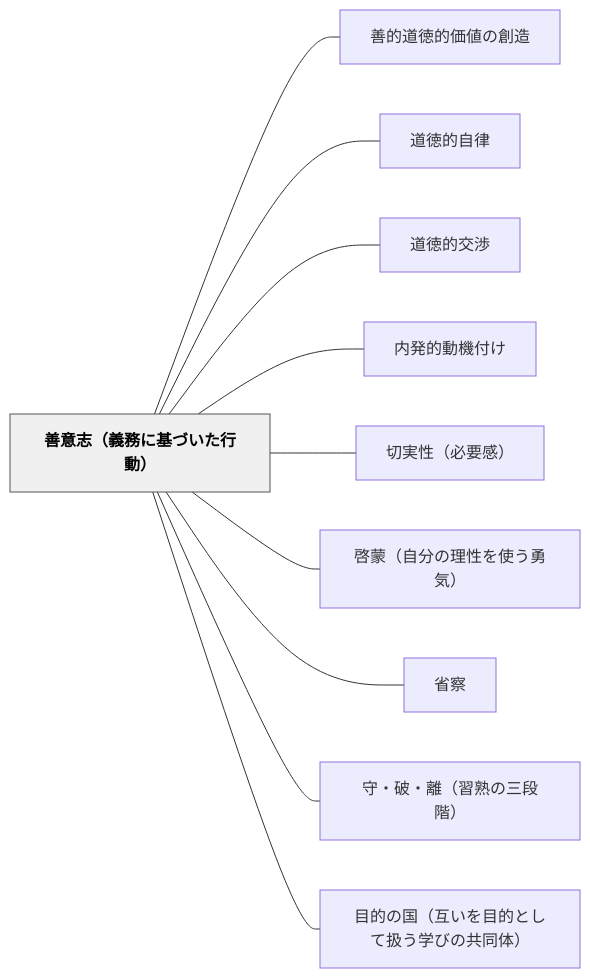
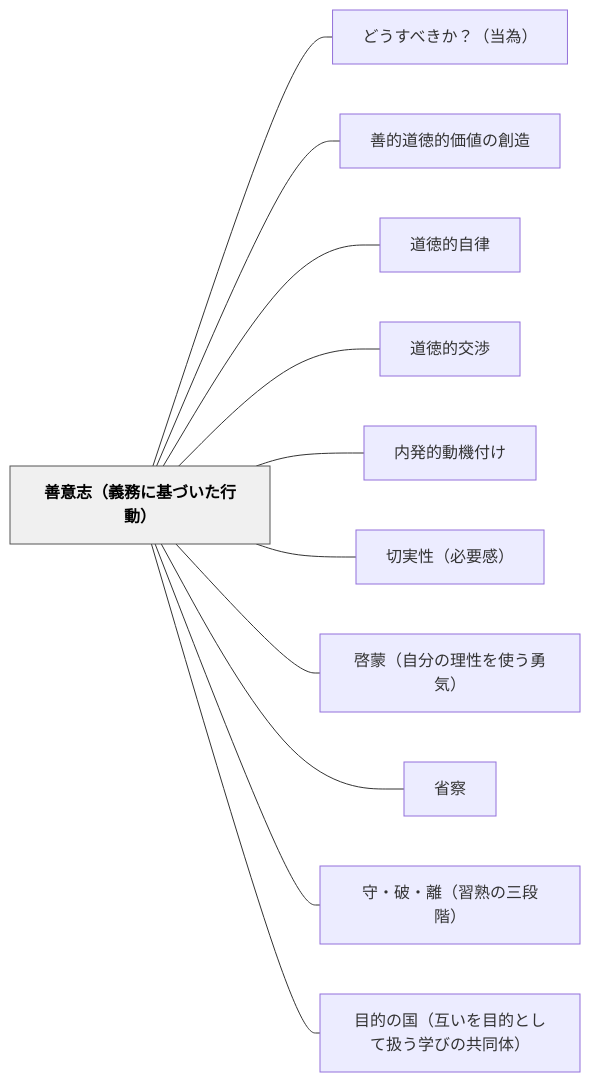
The diagram in content/パタン/善意志（義務に基づいた行動）.md (unknownthings-ed-patterns/unknownthings-ed-patterns), drawn with Mermaid before and after one commit. The commit also changed other lines of this file and 7 other files, not shown here.

````diff
--- a/content/パタン/善意志（義務に基づいた行動）.md
+++ b/content/パタン/善意志（義務に基づいた行動）.md
@@ -105,26 +106,28 @@
 ```mermaid
 flowchart LR
     ne59684e6848fe5bf97efbc88e7bea9e58b99e381abe59fbae381a5e38184e3819fe8a18ce58b95efbc89["善意志（義務に基づいた行動）"]
+    ne381a9e38186e38199e381b9e3818de3818befbc9fefbc88e5bd93e782baefbc89["どうすべきか？（当為）"]
     ne59684e79a84e98193e5beb3e79a84e4bea1e580a4e381aee589b5e980a0["善的道徳的価値の創造"]
     ne98193e5beb3e79a84e887aae5be8b["道徳的自律"]
     ne98193e5beb3e79a84e4baa4e6b889["道徳的交渉"]
     ne58685e799bae79a84e58b95e6a99fe4bb98e38191["内発的動機付け"]
     ne58887e5ae9fe680a7efbc88e5bf85e8a681e6849fefbc89["切実性（必要感）"]
     ne59593e89299efbc88e887aae58886e381aee79086e680a7e38292e4bdbfe38186e58b87e6b097efbc89["啓蒙（自分の理性を使う勇気）"]
     ne79c81e5af9f["省察"]
     ne5ae88e383bbe7a0b4e383bbe99ba2efbc88e7bf92e7869fe381aee4b889e6aeb5e99a8eefbc89["守・破・離（習熟の三段階）"]
     ne79baee79a84e381aee59bbdefbc88e4ba92e38184e38292e79baee79a84e381a8e38197e381a6e689b1e38186e5ada6e381b3e381aee585b1e5908ce4bd93efbc89["目的の国（互いを目的として扱う学びの共同体）"]
 
+    ne59684e6848fe5bf97efbc88e7bea9e58b99e381abe59fbae381a5e38184e3819fe8a18ce58b95efbc89 --- ne381a9e38186e38199e381b9e3818de3818befbc9fefbc88e5bd93e782baefbc89
     ne59684e6848fe5bf97efbc88e7bea9e58b99e381abe59fbae381a5e38184e3819fe8a18ce58b95efbc89 --- ne59684e79a84e98193e5beb3e79a84e4bea1e580a4e381aee589b5e980a0
     ne59684e6848fe5bf97efbc88e7bea9e58b99e381abe59fbae381a5e38184e3819fe8a18ce58b95efbc89 --- ne98193e5beb3e79a84e887aae5be8b
     ne59684e6848fe5bf97efbc88e7bea9e58b99e381abe59fbae381a5e38184e3819fe8a18ce58b95efbc89 --- ne98193e5beb3e79a84e4baa4e6b889
     ne59684e6848fe5bf97efbc88e7bea9e58b99e381abe59fbae381a5e38184e3819fe8a18ce58b95efbc89 --- ne58685e799bae79a84e58b95e6a99fe4bb98e38191
     ne59684e6848fe5bf97efbc88e7bea9e58b99e381abe59fbae381a5e38184e3819fe8a18ce58b95efbc89 --- ne58887e5ae9fe680a7efbc88e5bf85e8a681e6849fefbc89
     ne59684e6848fe5bf97efbc88e7bea9e58b99e381abe59fbae381a5e38184e3819fe8a18ce58b95efbc89 --- ne59593e89299efbc88e887aae58886e381aee79086e680a7e38292e4bdbfe38186e58b87e6b097efbc89
     ne59684e6848fe5bf97efbc88e7bea9e58b99e381abe59fbae381a5e38184e3819fe8a18ce58b95efbc89 --- ne79c81e5af9f
     ne59684e6848fe5bf97efbc88e7bea9e58b99e381abe59fbae381a5e38184e3819fe8a18ce58b95efbc89 --- ne5ae88e383bbe7a0b4e383bbe99ba2efbc88e7bf92e7869fe381aee4b889e6aeb5e99a8eefbc89
     ne59684e6848fe5bf97efbc88e7bea9e58b99e381abe59fbae381a5e38184e3819fe8a18ce58b95efbc89 --- ne79baee79a84e381aee59bbdefbc88e4ba92e38184e38292e79baee79a84e381a8e38197e381a6e689b1e38186e5ada6e381b3e381aee585b1e5908ce4bd93efbc89
 
     classDef hub fill:#f0f0f0,stroke:#555,color:#000,font-weight:bold
     class ne59684e6848fe5bf97efbc88e7bea9e58b99e381abe59fbae381a5e38184e3819fe8a18ce58b95efbc89 hub
 ```
````
